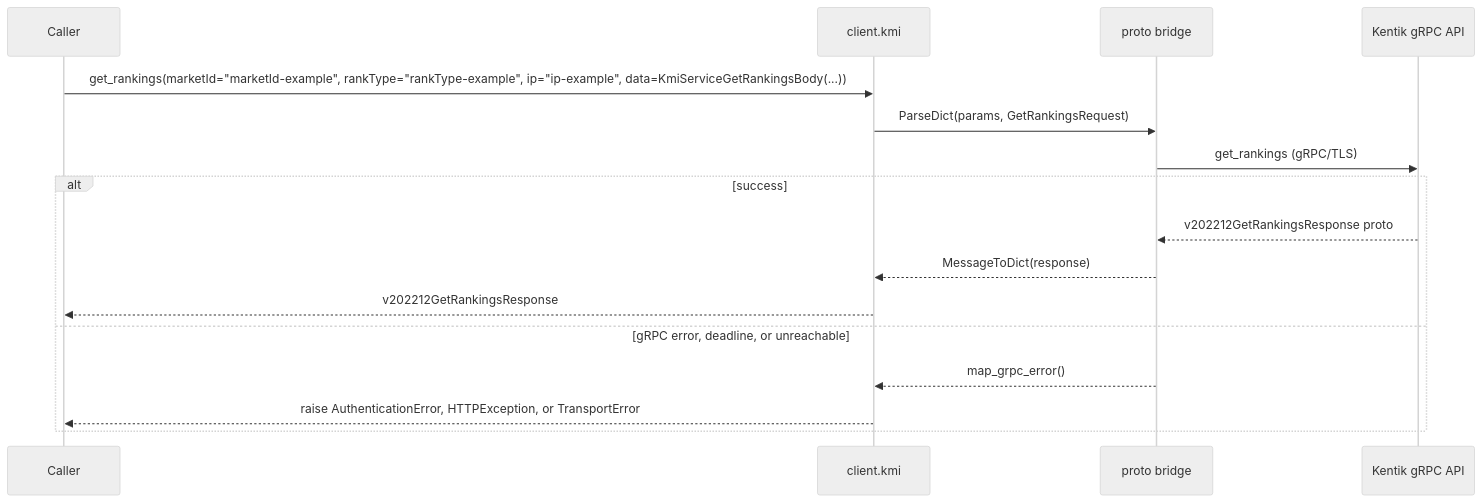
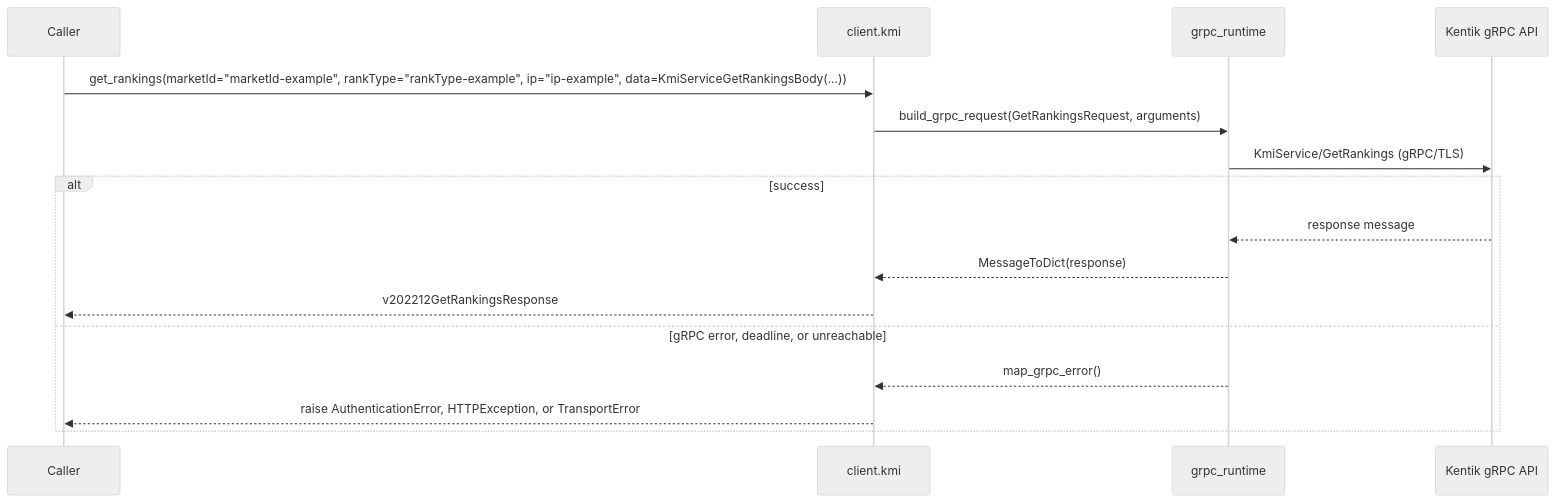
One commit to alexdearaujo/community_sdk_python changed the ninth of 12 diagrams in docs/sphinx/services/kmi.md. Above: the diagram before and after it, drawn with Mermaid (neutral theme). The commit also changed other lines of this file and 37 other files, not shown here.

First line of the commit message:
docs: show the real RPC in each service page's gRPC diagram

````diff
--- a/docs/sphinx/services/kmi.md
+++ b/docs/sphinx/services/kmi.md
@@ -302,19 +302,19 @@
 ```mermaid
 sequenceDiagram
     participant C as Caller
     participant W as client.kmi
-    participant B as proto bridge
+    participant R as grpc_runtime
     participant API as Kentik gRPC API
 
     C->>W: get_rankings(marketId="marketId-example", rankType="rankType-example", ip="ip-example", data=KmiServiceGetRankingsBody(...))
-    W->>B: ParseDict(params, GetRankingsRequest)
-    B->>API: get_rankings (gRPC/TLS)
+    W->>R: build_grpc_request(GetRankingsRequest, arguments)
+    R->>API: KmiService/GetRankings (gRPC/TLS)
     alt success
-        API-->>B: v202212GetRankingsResponse proto
-        B-->>W: MessageToDict(response)
+        API-->>R: response message
+        R-->>W: MessageToDict(response)
         W-->>C: v202212GetRankingsResponse
     else gRPC error, deadline, or unreachable
-        B-->>W: map_grpc_error()
+        R-->>W: map_grpc_error()
         W-->>C: raise AuthenticationError, HTTPException, or TransportError
     end
 ```
````
